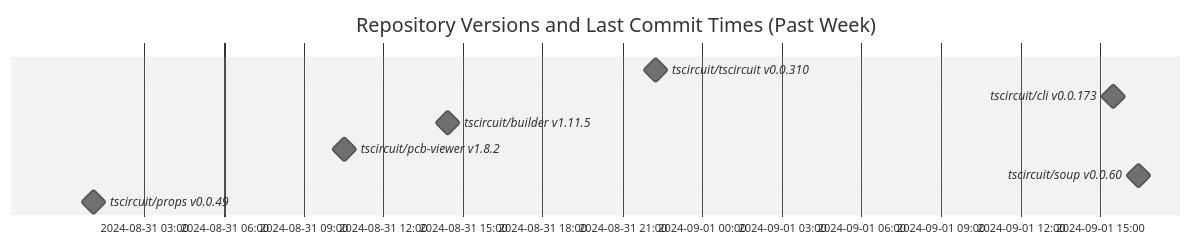
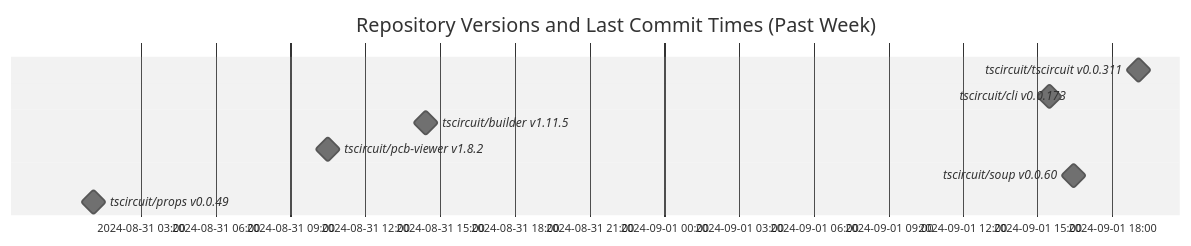
One commit to tscircuit/version-tracker changed the diagram in README.md. Above: the diagram before and after it, drawn with Mermaid (neutral theme).

Commit message:
Update chart

````diff
--- a/README.md
+++ b/README.md
@@ -1,13 +1,13 @@
 ```mermaid
 gantt
   dateFormat  YYYY-MM-DD HH:mm:ss
   title Repository Versions and Last Commit Times (Past Week)
   axisFormat %Y-%m-%d %H:%M
 
-  tscircuit/tscircuit v0.0.310 : milestone, 2024-08-31 22:14:10, 1s
+  tscircuit/tscircuit v0.0.311 : milestone, 2024-09-01 19:02:50, 1s
   tscircuit/cli v0.0.173 : milestone, 2024-09-01 15:28:45, 1s
   tscircuit/builder v1.11.5 : milestone, 2024-08-31 14:26:36, 1s
   tscircuit/pcb-viewer v1.8.2 : milestone, 2024-08-31 10:30:56, 1s
   tscircuit/soup v0.0.60 : milestone, 2024-09-01 16:26:30, 1s
   tscircuit/props v0.0.49 : milestone, 2024-08-31 01:05:09, 1s
 ```
````
